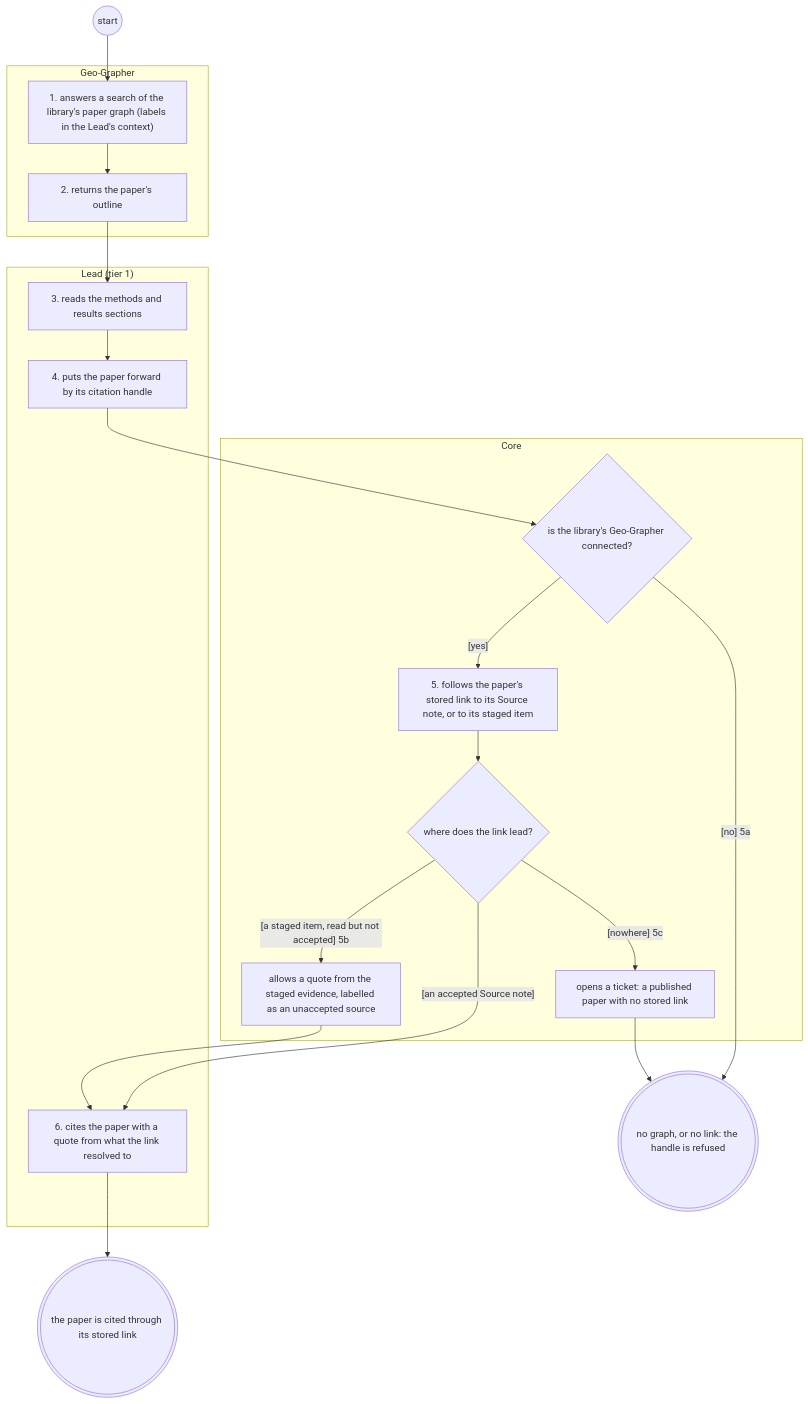
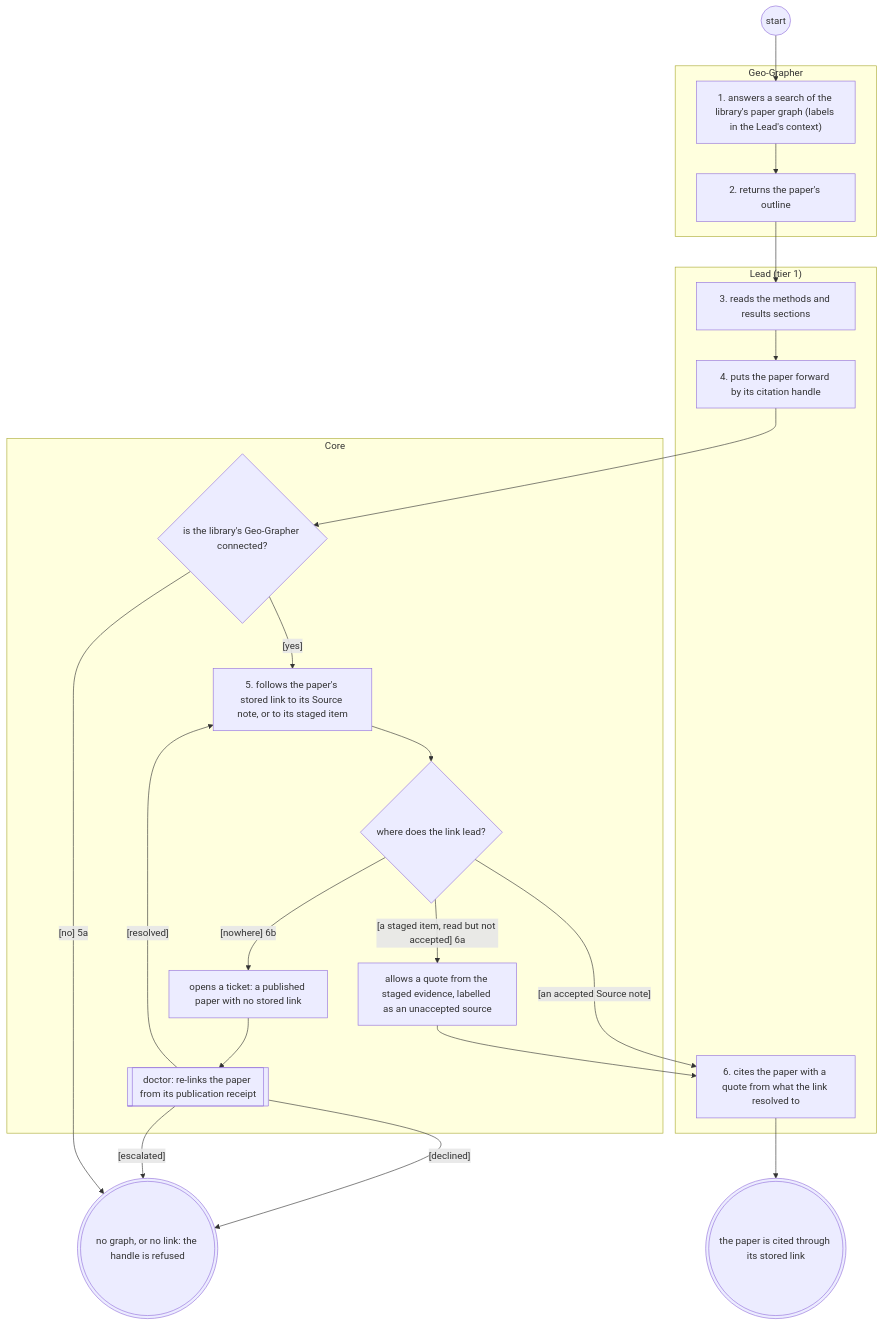
The diagram in reports/2026-11-25-systems-analysis-finalisation/librarian/to-be/views/cite-graph.views.md (Jake36999/Librarian_V2), drawn with Mermaid before and after one commit. The commit also changed other lines of this file and 51 other files, not shown here.

````diff
--- a/reports/2026-11-25-systems-analysis-finalisation/librarian/to-be/views/cite-graph.views.md
+++ b/reports/2026-11-25-systems-analysis-finalisation/librarian/to-be/views/cite-graph.views.md
@@ -50,37 +54,41 @@
 ```mermaid
 flowchart TD
   subgraph Lead_tier_1_["Lead (tier 1)"]
     sections["3. reads the methods and results sections"]
     put["4. puts the paper forward by its citation handle"]
     cite["6. cites the paper with a quote from what the link resolved to"]
   end
   subgraph Core["Core"]
     dconnected{"is the library's Geo-Grapher connected?"}
     resolve["5. follows the paper's stored link to its Source note, or to its staged item"]
     dlink{"where does the link lead?"}
     staged["allows a quote from the staged evidence, labelled as an unaccepted source"]
     ticket["opens a ticket: a published paper with no stored link"]
+    ref_doctor[["doctor: re-links the paper from its publication receipt"]]
   end
   subgraph Geo_Grapher["Geo-Grapher"]
     search["1. answers a search of the library's paper graph (labels in the Lead's context)"]
     outline["2. returns the paper's outline"]
   end
   s(("start"))
   e1((("the paper is cited through its stored link")))
   e_unavailable((("no graph, or no link: the handle is refused")))
   s --> search
   search --> outline
   outline --> sections
   sections --> put
   put --> dconnected
   dconnected -->|"[yes]"| resolve
   dconnected -->|"[no] 5a"| e_unavailable
   resolve --> dlink
   dlink -->|"[an accepted Source note]"| cite
-  dlink -->|"[a staged item, read but not accepted] 5b"| staged
-  dlink -->|"[nowhere] 5c"| ticket
+  dlink -->|"[a staged item, read but not accepted] 6a"| staged
+  dlink -->|"[nowhere] 6b"| ticket
   staged --> cite
-  ticket --> e_unavailable
+  ticket --> ref_doctor
   cite --> e1
+  ref_doctor -->|"[resolved]"| resolve
+  ref_doctor -->|"[declined]"| e_unavailable
+  ref_doctor -->|"[escalated]"| e_unavailable
   classDef ext stroke:#d9534f,stroke-width:2px
 ```
````
